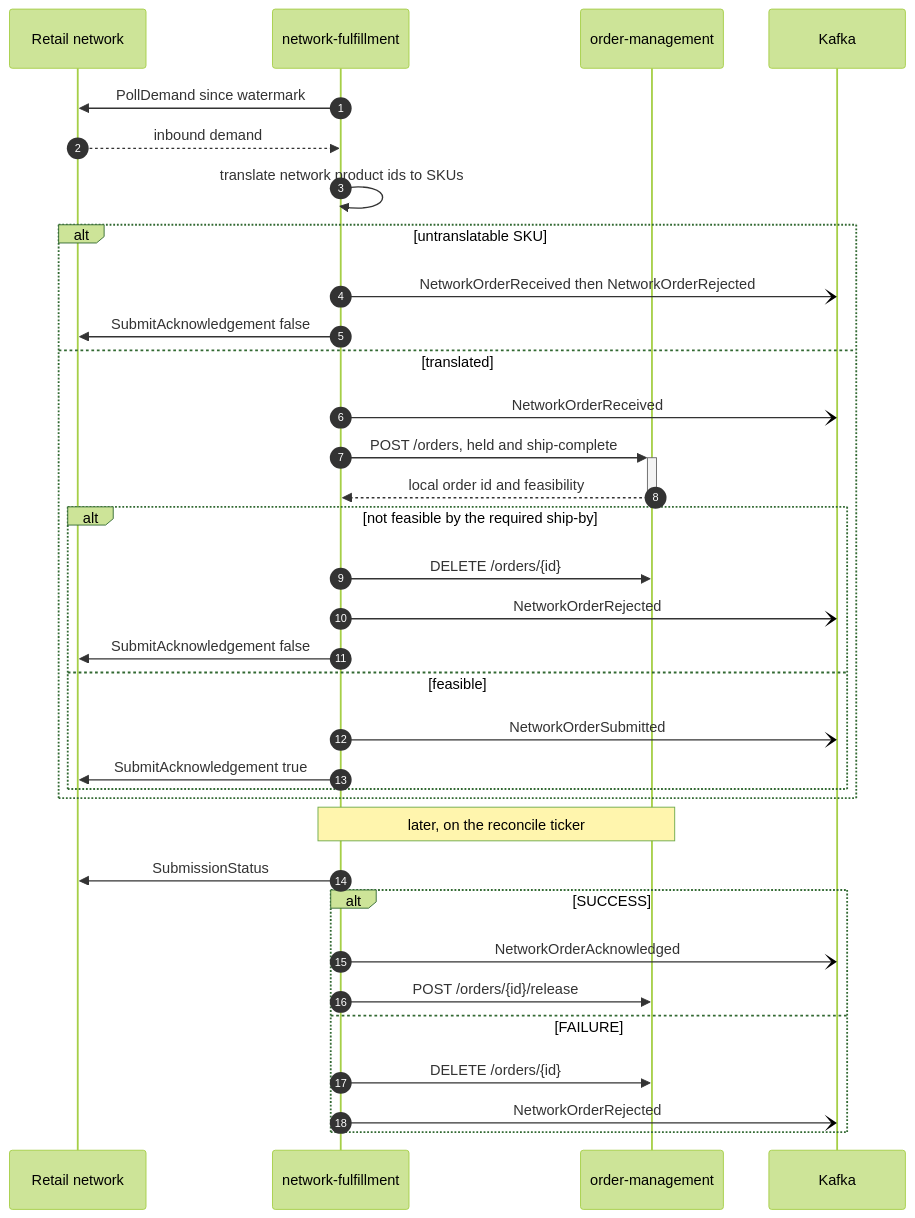
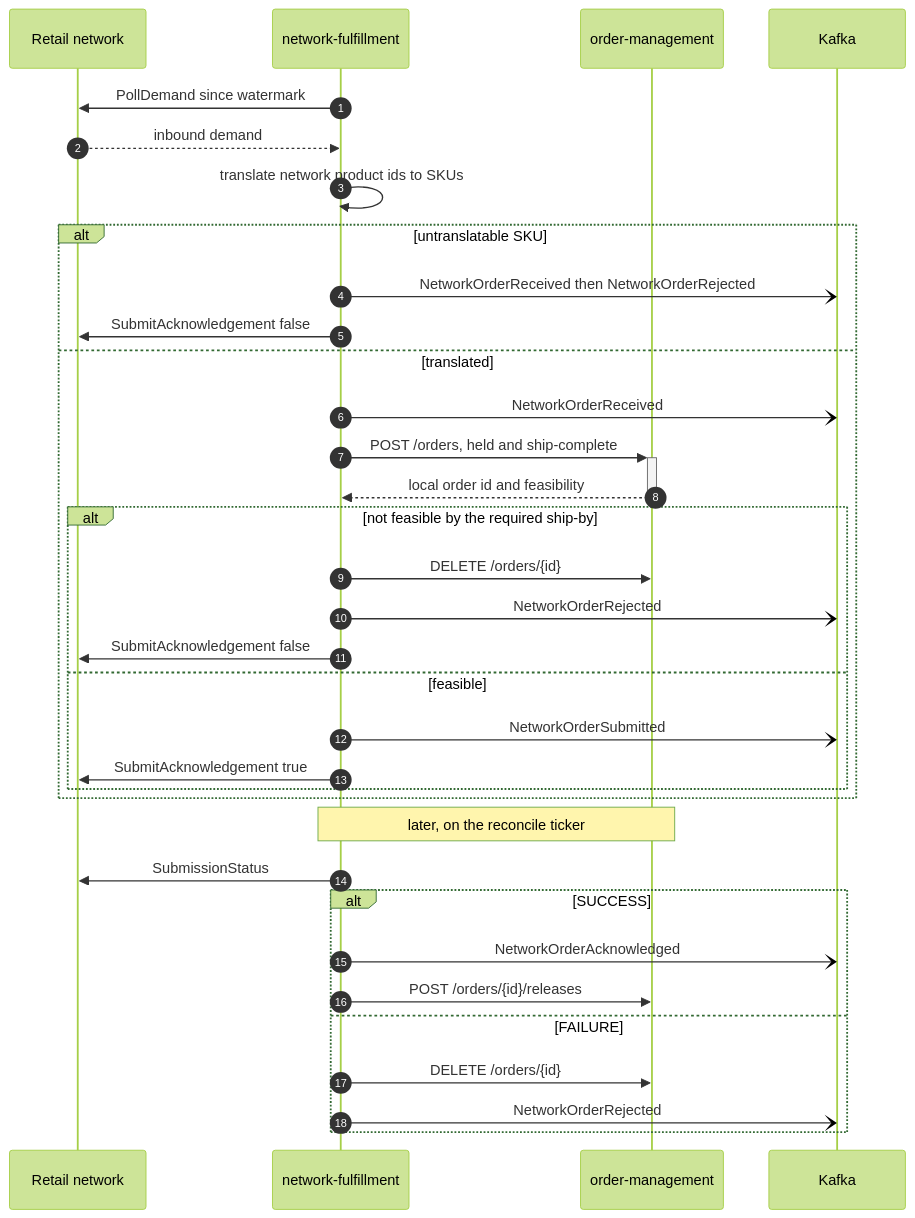
The seventh of 10 diagrams in docs/architecture/runtime-flows.md (IQVO/warehouse-docs), drawn with Mermaid (forest theme) before and after one commit. The commit also changed other lines of this file and 272 other files, not shown here.

````diff
--- a/docs/architecture/runtime-flows.md
+++ b/docs/architecture/runtime-flows.md
@@ -328,38 +328,38 @@
 ```mermaid
 sequenceDiagram
     autonumber
     participant NET as Retail network
     participant NF as network-fulfillment
     participant OM as order-management
     participant K as Kafka
 
     NF->>NET: PollDemand since watermark
     NET-->>NF: inbound demand
     NF->>NF: translate network product ids to SKUs
     alt untranslatable SKU
         NF-)K: NetworkOrderReceived then NetworkOrderRejected
         NF->>NET: SubmitAcknowledgement false
     else translated
         NF-)K: NetworkOrderReceived
         NF->>+OM: POST /orders, held and ship-complete
         OM-->>-NF: local order id and feasibility
         alt not feasible by the required ship-by
             NF->>OM: DELETE /orders/{id}
             NF-)K: NetworkOrderRejected
             NF->>NET: SubmitAcknowledgement false
         else feasible
             NF-)K: NetworkOrderSubmitted
             NF->>NET: SubmitAcknowledgement true
         end
     end
 
     Note over NF,OM: later, on the reconcile ticker
     NF->>NET: SubmissionStatus
     alt SUCCESS
         NF-)K: NetworkOrderAcknowledged
-        NF->>OM: POST /orders/{id}/release
+        NF->>OM: POST /orders/{id}/releases
     else FAILURE
         NF->>OM: DELETE /orders/{id}
         NF-)K: NetworkOrderRejected
     end
 ```
````
